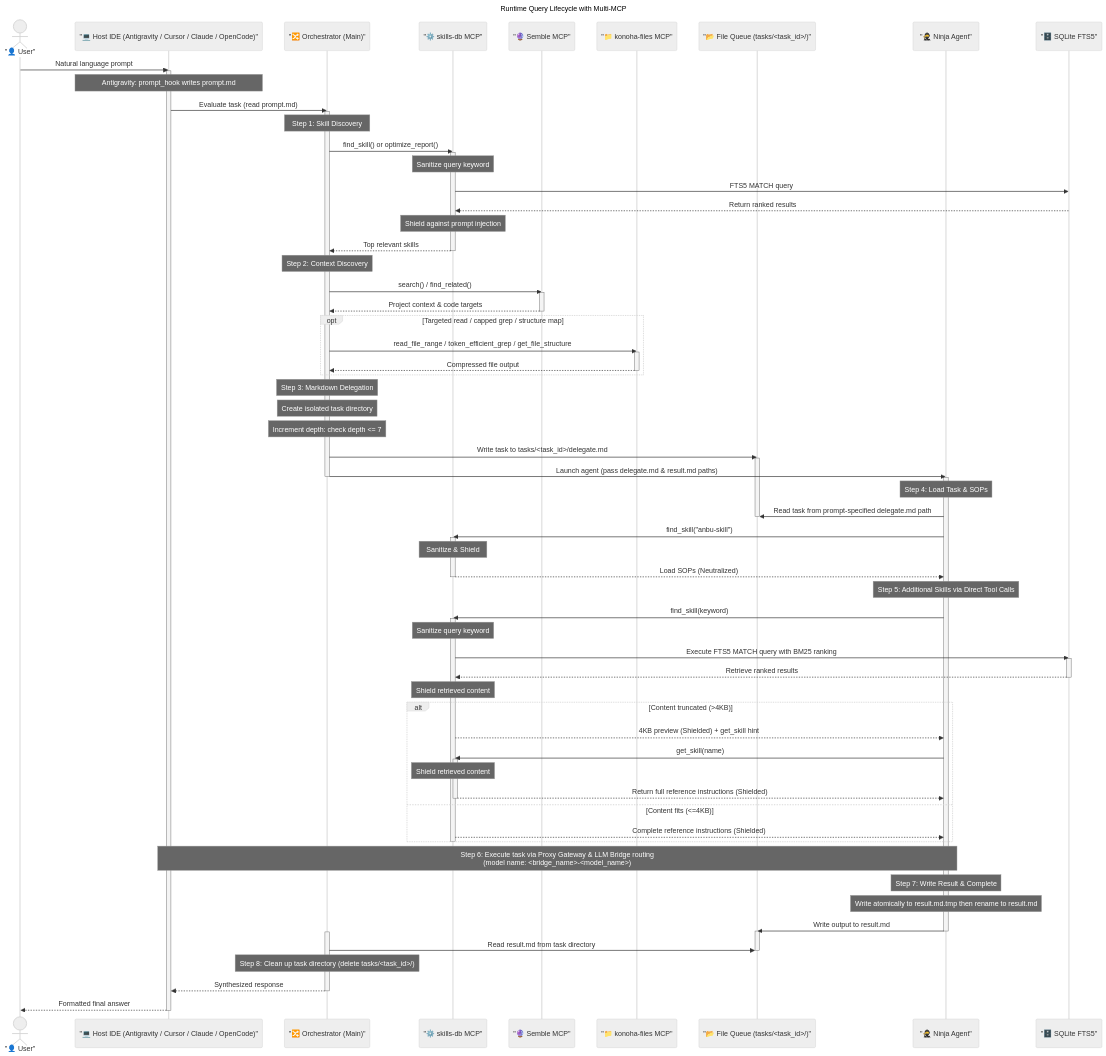
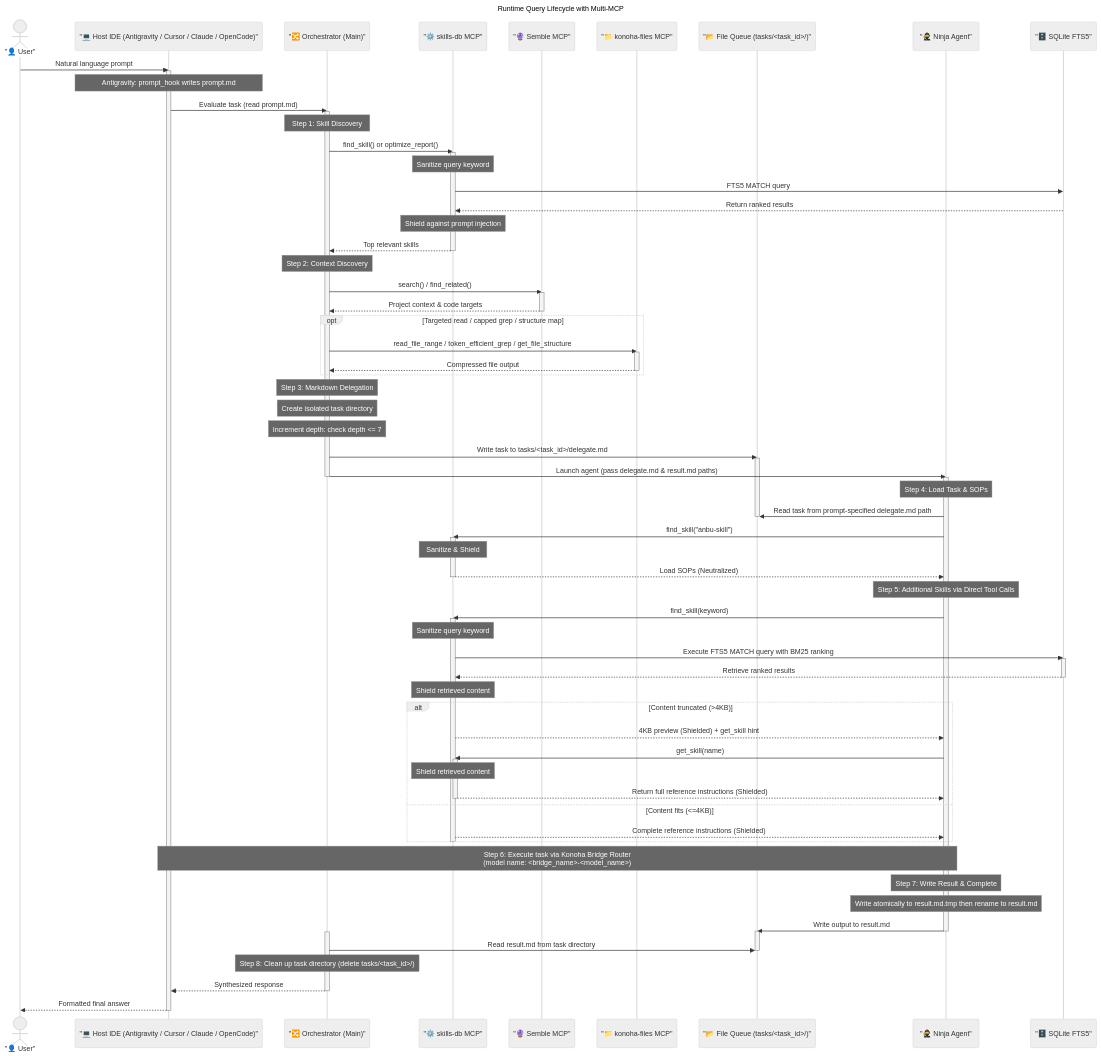
The second of 2 diagrams in docs/ARCHITECTURE.md (andycungkrinx91/konoha), drawn with Mermaid (neutral theme) before and after one commit. The commit also changed other lines of this file and 171 other files, not shown here.

```diff
--- a/docs/ARCHITECTURE.md
+++ b/docs/ARCHITECTURE.md
@@ -233,7 +225,7 @@
     end
     deactivate SkillsDB
 
-    Note over Agent,IDE: Step 6: Execute task via Proxy Gateway & LLM Bridge routing<br>(model name: <bridge_name>-<model_name>)
+    Note over Agent,IDE: Step 6: Execute task via Konoha Bridge Router<br>(model name: <bridge_name>-<model_name>)
 
     %% --- Response Phase ---
     Note over Agent: Step 7: Write Result & Complete
```
